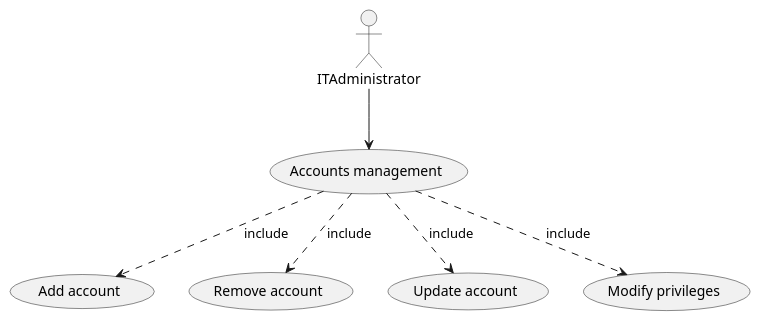
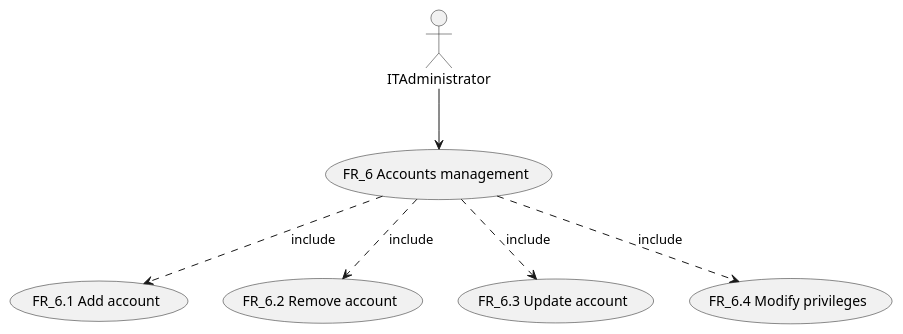
The eighth of 11 diagrams in Deliverables/RequirementsDocument.md (Stormz4/group20-EzShop), drawn with PlantUML before and after one commit. The commit also changed other lines of this file and 1 other file, not shown here.

Commit message:
Doc: Modified use case diagrams and matched the FRs with the use cases

````diff
--- a/Deliverables/RequirementsDocument.md
+++ b/Deliverables/RequirementsDocument.md
@@ -340,10 +342,10 @@
 ```plantuml
 @startuml
-:ITAdministrator: --> (Accounts management)
-(Accounts management) ..> (Add account) : include
-(Accounts management) ..> (Remove account) : include
-(Accounts management) ..> (Update account) : include
-(Accounts management) ..> (Modify privileges) : include
+:ITAdministrator: --> (FR_6 Accounts management)
+(FR_6 Accounts management) ..> (FR_6.1 Add account) : include
+(FR_6 Accounts management) ..> (FR_6.2 Remove account) : include
+(FR_6 Accounts management) ..> (FR_6.3 Update account) : include
+(FR_6 Accounts management) ..> (FR_6.4 Modify privileges) : include
 
 @enduml
 ```
````
